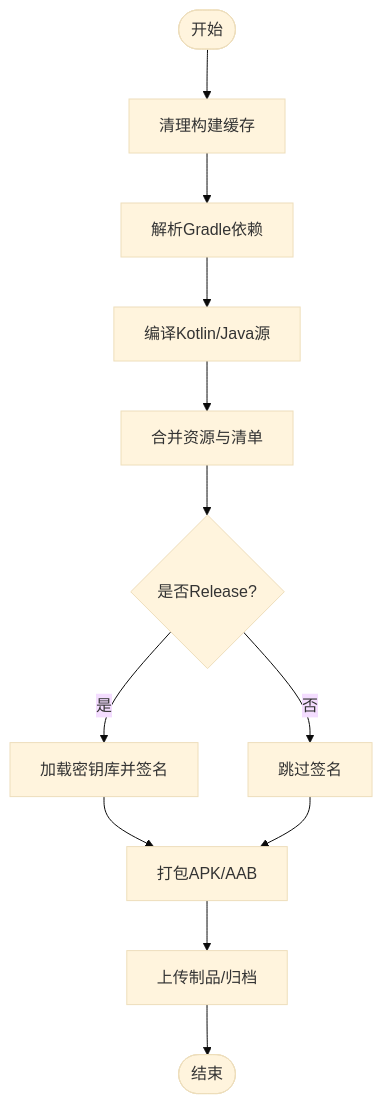
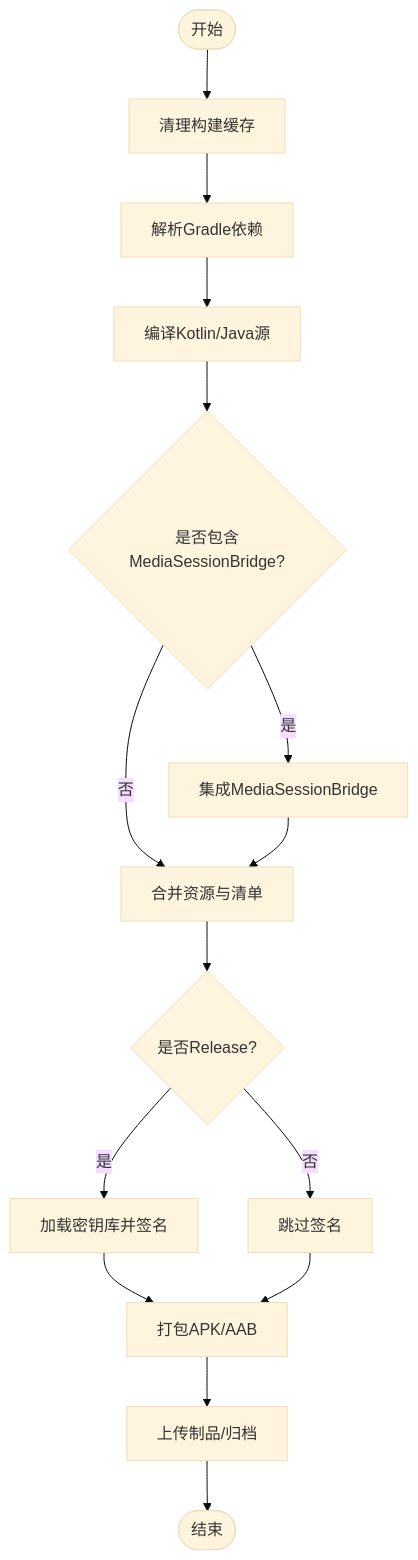
One commit to ZhangGHGitHub/LegadoTeamFlutter changed the third of 8 diagrams in .qoder/repowiki/zh/content/构建和部署/构建和部署.md. Above: the diagram before and after it, drawn with Mermaid (base theme). The commit also changed other lines of this file and 66 other files, not shown here.

````diff
--- a/.qoder/repowiki/zh/content/构建和部署/构建和部署.md
+++ b/.qoder/repowiki/zh/content/构建和部署/构建和部署.md
@@ -159,14 +178,17 @@
 ```mermaid
 flowchart TD
 Start(["开始"]) --> Clean["清理构建缓存"]
 Clean --> Deps["解析Gradle依赖"]
 Deps --> Compile["编译Kotlin/Java源"]
-Compile --> Resources["合并资源与清单"]
+Compile --> MSBCheck{"是否包含MediaSessionBridge?"}
+MSBCheck --> |是| IntegrateMSB["集成MediaSessionBridge"]
+MSBCheck --> |否| Resources["合并资源与清单"]
+IntegrateMSB --> Resources
 Resources --> Sign{"是否Release?"}
 Sign --> |是| Keystore["加载密钥库并签名"]
 Sign --> |否| SkipSign["跳过签名"]
 Keystore --> Package["打包APK/AAB"]
 SkipSign --> Package
 Package --> Upload["上传制品/归档"]
 Upload --> End(["结束"])
 ```
````
